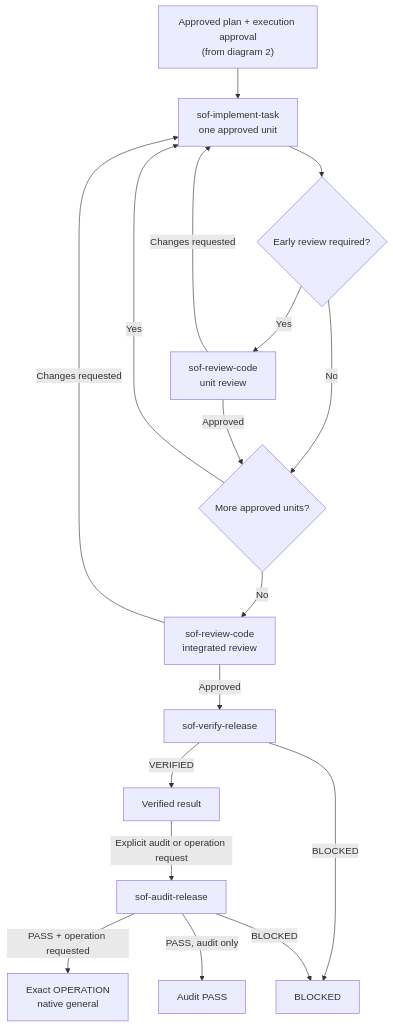
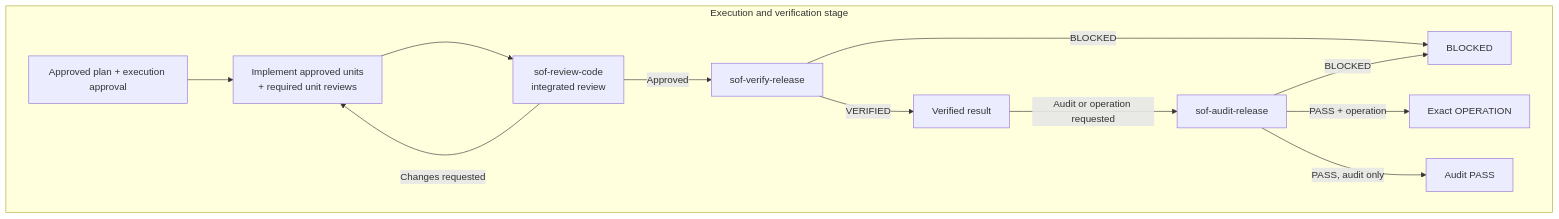
One commit to zhenyumi/simple-opencode-flow changed the third of 3 diagrams in README.md. Above: the diagram before and after it, drawn with Mermaid. The commit also changed other lines of this file, not shown here.

Commit message:
docs: simplify and consolidate Mermaid workflow diagrams

````diff
--- a/README.md
+++ b/README.md
@@ -129,19 +135,15 @@
 ```mermaid
 flowchart TD
-    X["Approved plan + execution approval<br/>(from diagram 2)"] --> I["sof-implement-task<br/>one approved unit"]
-    I --> E{"Early review required?"}
-    E -- "Yes" --> UR["sof-review-code<br/>unit review"]
-    E -- "No" --> M{"More approved units?"}
-    UR -- "Approved" --> M
-    UR -- "Changes requested" --> I
-    M -- "Yes" --> I
-    M -- "No" --> IR["sof-review-code<br/>integrated review"]
-    IR -- "Changes requested" --> I
-    IR -- "Approved" --> V["sof-verify-release"]
-    V -- "VERIFIED" --> DONE["Verified result"]
-    V -- "BLOCKED" --> B["BLOCKED"]
-    DONE -- "Explicit audit or operation request" --> AU["sof-audit-release"]
-    AU -- "PASS + operation requested" --> O["Exact OPERATION<br/>native general"]
-    AU -- "PASS, audit only" --> PASS["Audit PASS"]
-    AU -- "BLOCKED" --> B
+    subgraph EXECUTION["Execution and verification stage"]
+        X["Approved plan + execution approval"] --> I["Implement approved units<br/>+ required unit reviews"]
+        I --> IR["sof-review-code<br/>integrated review"]
+        IR -- "Changes requested" --> I
+        IR -- "Approved" --> V["sof-verify-release"]
+        V -- "VERIFIED" --> DONE["Verified result"]
+        V -- "BLOCKED" --> B["BLOCKED"]
+        DONE -- "Audit or operation requested" --> AU["sof-audit-release"]
+        AU -- "PASS + operation" --> O["Exact OPERATION"]
+        AU -- "PASS, audit only" --> PASS["Audit PASS"]
+        AU -- "BLOCKED" --> B
+    end
 ```
````
